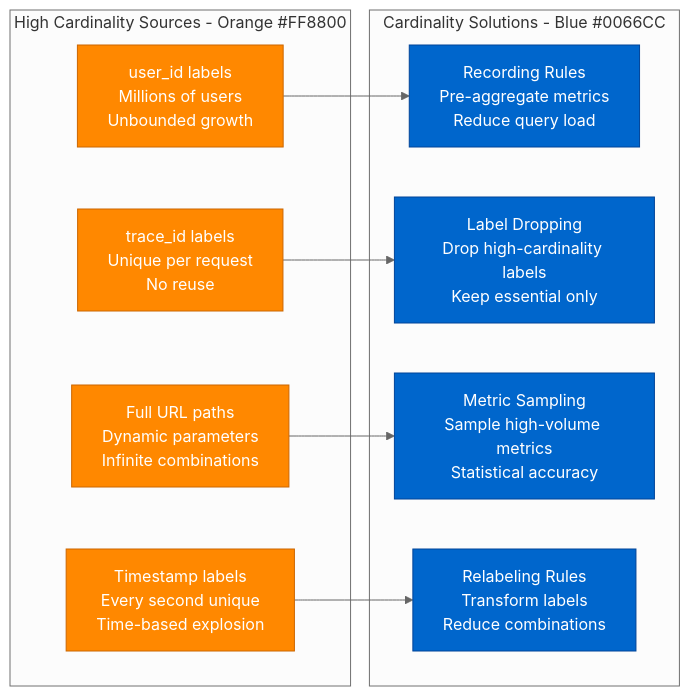
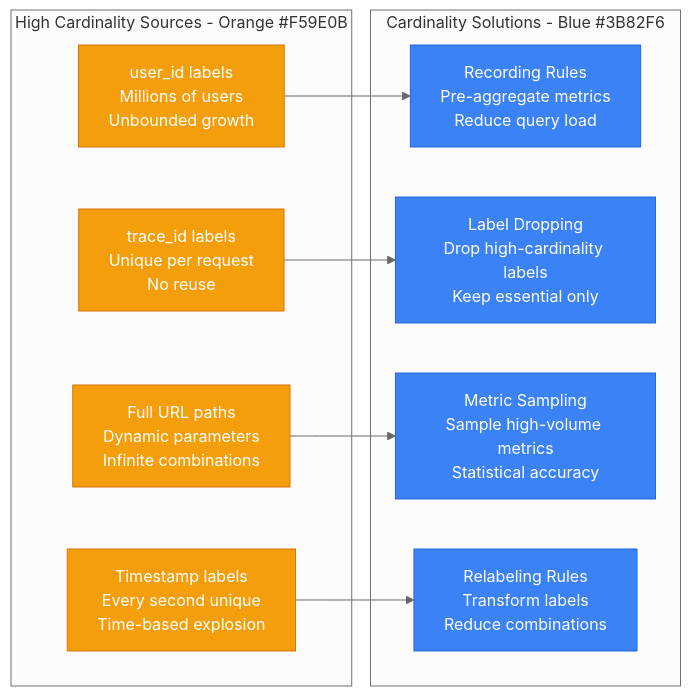
Before and after one commit to deepaucksharma/DS: the third of 3 diagrams in site/docs/debugging/prometheus-query-optimization-debugging.md, drawn with Mermaid (neutral theme). The commit also changed other lines of this file and 187 other files, not shown here.

````diff
--- a/site/docs/debugging/prometheus-query-optimization-debugging.md
+++ b/site/docs/debugging/prometheus-query-optimization-debugging.md
@@ -135,27 +135,27 @@
 ```mermaid
 graph LR
-    subgraph HighCardinality[High Cardinality Sources - Orange #FF8800]
+    subgraph HighCardinality[High Cardinality Sources - Orange #F59E0B]
         USER_ID[user_id labels<br/>Millions of users<br/>Unbounded growth]
         TRACE_ID[trace_id labels<br/>Unique per request<br/>No reuse]
         FULL_URL[Full URL paths<br/>Dynamic parameters<br/>Infinite combinations]
         TIMESTAMP[Timestamp labels<br/>Every second unique<br/>Time-based explosion]
     end
 
-    subgraph Solutions[Cardinality Solutions - Blue #0066CC]
+    subgraph Solutions[Cardinality Solutions - Blue #3B82F6]
         RECORDING_RULES[Recording Rules<br/>Pre-aggregate metrics<br/>Reduce query load]
         LABEL_DROPPING[Label Dropping<br/>Drop high-cardinality labels<br/>Keep essential only]
         SAMPLING[Metric Sampling<br/>Sample high-volume metrics<br/>Statistical accuracy]
         RELABELING[Relabeling Rules<br/>Transform labels<br/>Reduce combinations]
     end
 
     USER_ID --> RECORDING_RULES
     TRACE_ID --> LABEL_DROPPING
     FULL_URL --> SAMPLING
     TIMESTAMP --> RELABELING
 
-    classDef cardinalityStyle fill:#FF8800,stroke:#CC6600,color:#fff
-    classDef solutionStyle fill:#0066CC,stroke:#004499,color:#fff
+    classDef cardinalityStyle fill:#F59E0B,stroke:#D97706,color:#fff
+    classDef solutionStyle fill:#3B82F6,stroke:#2563EB,color:#fff
 
     class USER_ID,TRACE_ID,FULL_URL,TIMESTAMP cardinalityStyle
     class RECORDING_RULES,LABEL_DROPPING,SAMPLING,RELABELING solutionStyle
 ```
````
